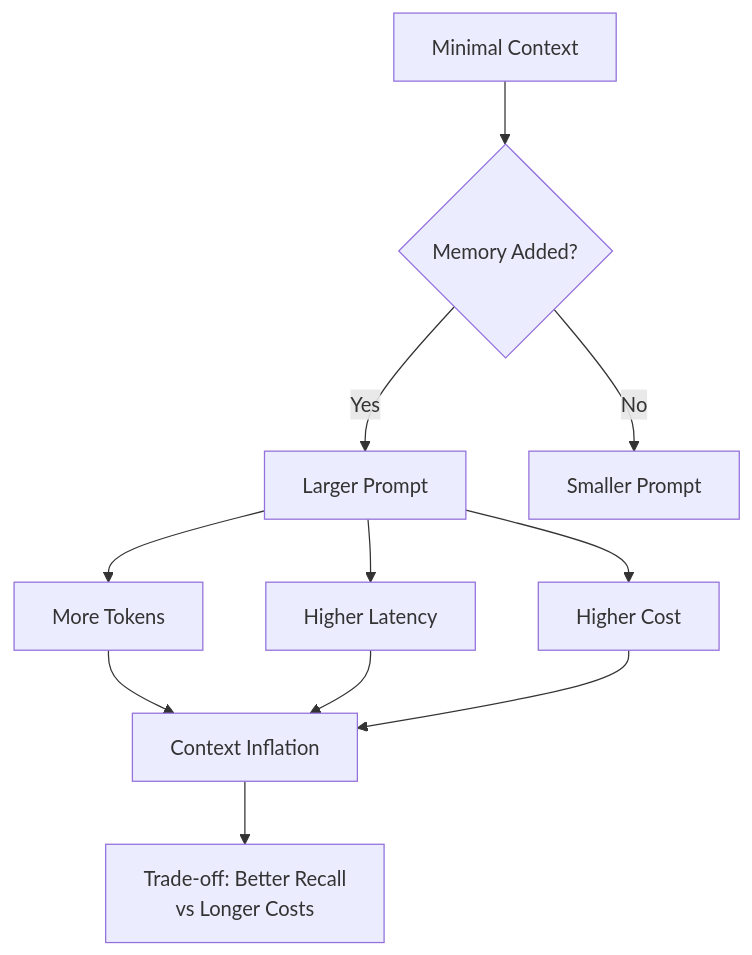
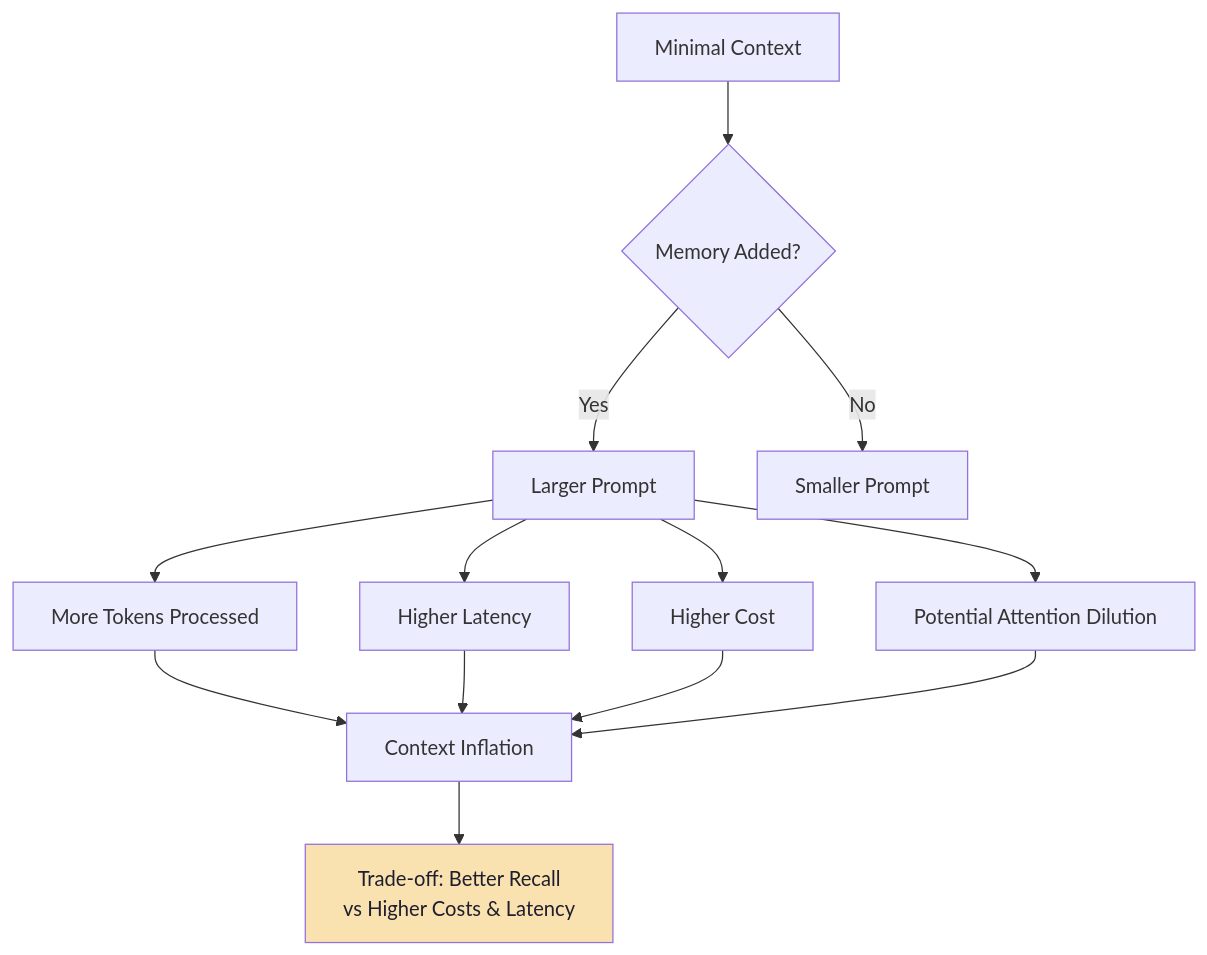
One commit to Amie-dev/FDE-and-GenAI-Mastery changed the seventh of 9 diagrams in Lecture 19 - Agent Memory Systems/notes/01_Stateless_LLM_APIs_and_Context_Window_Limitations.md. Above: the diagram before and after it, drawn with Mermaid. The commit also changed other lines of this file and 9 other files, not shown here.

````diff
--- a/Lecture 19 - Agent Memory Systems/notes/01_Stateless_LLM_APIs_and_Context_Window_Limitations.md
+++ b/Lecture 19 - Agent Memory Systems/notes/01_Stateless_LLM_APIs_and_Context_Window_Limitations.md
@@ -178,14 +235,18 @@
 ```mermaid
 flowchart TD
     A[Minimal Context] --> B{Memory Added?}
     B -->|Yes| C[Larger Prompt]
     B -->|No| D[Smaller Prompt]
-    C --> E[More Tokens]
+    C --> E[More Tokens Processed]
     C --> F[Higher Latency]
     C --> G[Higher Cost]
-    E --> H[Context Inflation]
-    F --> H
-    G --> H
+    C --> H[Potential Attention Dilution]
+    E --> I[Context Inflation]
+    F --> I
+    G --> I
+    H --> I
 
-    H --> I[Trade-off: Better Recall<br/>vs Longer Costs]
+    I --> J[Trade-off: Better Recall<br/>vs Higher Costs & Latency]
+
+    style J fill:#f9e2af,color:#1e1e2e
 ```
````
